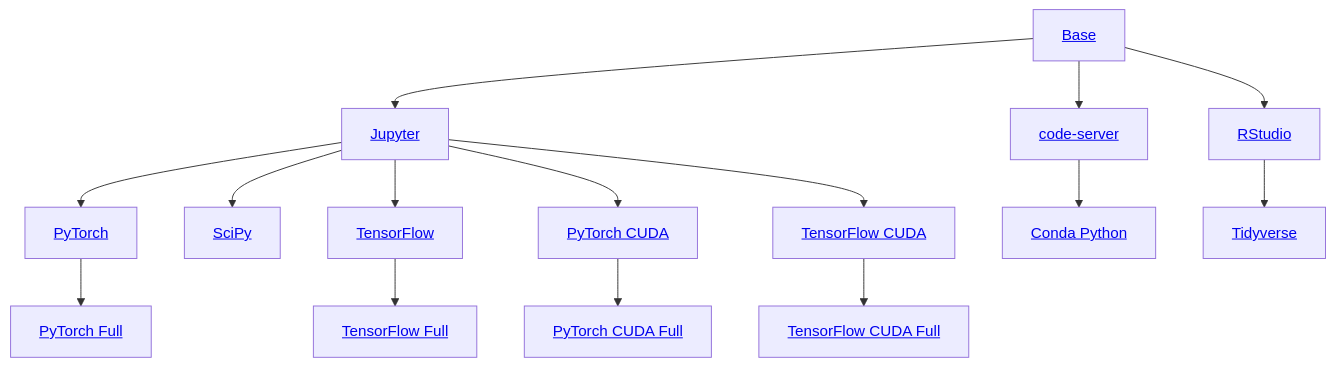
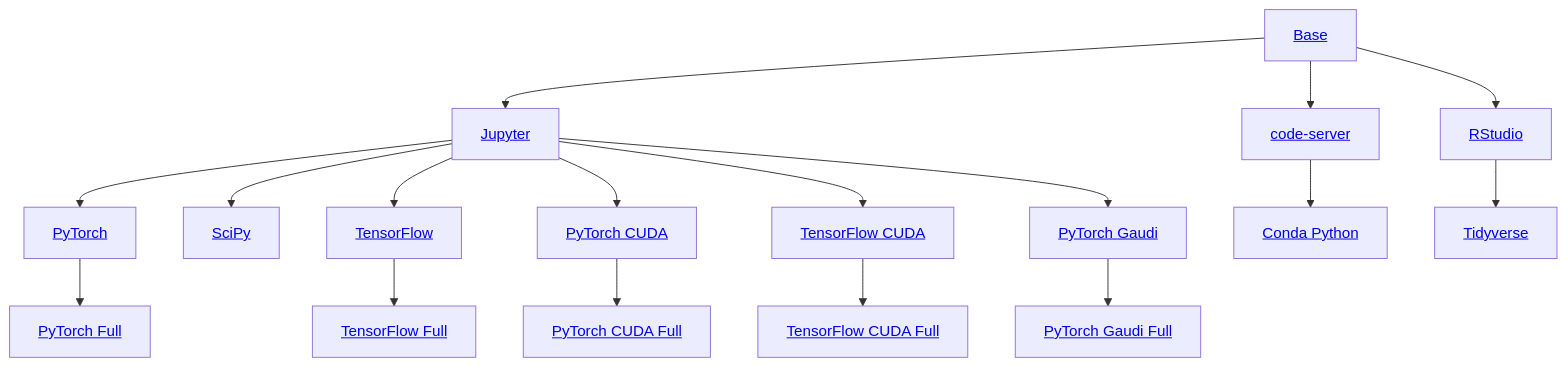
Before and after one commit to kubeflow/notebooks: the diagram in components/example-notebook-servers/README.md, drawn with Mermaid. The commit also changed other lines of this file and 10 other files, not shown here.

First line of the commit message:
feat: add Intel Gaudi example notebook images (kubeflow/kubeflow#7635)

````diff
--- a/components/example-notebook-servers/README.md
+++ b/components/example-notebook-servers/README.md
@@ -11,22 +11,26 @@
 ```mermaid
 graph TD
   Base[<a href='https://github.com/kubeflow/kubeflow/tree/master/components/example-notebook-servers/base'>Base</a>] --> Jupyter[<a href='https://github.com/kubeflow/kubeflow/tree/master/components/example-notebook-servers/jupyter'>Jupyter</a>]
   Base --> Code-Server[<a href='https://github.com/kubeflow/kubeflow/tree/master/components/example-notebook-servers/codeserver'>code-server</a>]
   Base --> RStudio[<a href='https://github.com/kubeflow/kubeflow/tree/master/components/example-notebook-servers/rstudio'>RStudio</a>]
-  
+
   Jupyter --> PyTorch[<a href='https://github.com/kubeflow/kubeflow/tree/master/components/example-notebook-servers/jupyter-pytorch'>PyTorch</a>]
   Jupyter --> SciPy[<a href='https://github.com/kubeflow/kubeflow/tree/master/components/example-notebook-servers/jupyter-scipy'>SciPy</a>]
   Jupyter --> TensorFlow[<a href='https://github.com/kubeflow/kubeflow/tree/master/components/example-notebook-servers/jupyter-tensorflow'>TensorFlow</a>]
-  
+
   Code-Server --> Code-Server-Conda-Python[<a href='https://github.com/kubeflow/kubeflow/tree/master/components/example-notebook-servers/codeserver-python'>Conda Python</a>]
   RStudio --> Tidyverse[<a href='https://github.com/kubeflow/kubeflow/tree/master/components/example-notebook-servers/rstudio-tidyverse'>Tidyverse</a>]
 
   PyTorch --> PyTorchFull[<a href='https://github.com/kubeflow/kubeflow/tree/master/components/example-notebook-servers/jupyter-pytorch-full'>PyTorch Full</a>]
   TensorFlow --> TensorFlowFull[<a href='https://github.com/kubeflow/kubeflow/tree/master/components/example-notebook-servers/jupyter-tensorflow-full'>TensorFlow Full</a>]
 
   Jupyter --> PyTorchCuda[<a href='https://github.com/kubeflow/kubeflow/tree/master/components/example-notebook-servers/jupyter-pytorch-cuda'>PyTorch CUDA</a>]
   Jupyter --> TensorFlowCuda[<a href='https://github.com/kubeflow/kubeflow/tree/master/components/example-notebook-servers/jupyter-tensorflow-cuda'>TensorFlow CUDA</a>]
 
   PyTorchCuda --> PyTorchCudaFull[<a href='https://github.com/kubeflow/kubeflow/tree/master/components/example-notebook-servers/jupyter-pytorch-cuda-full'>PyTorch CUDA Full</a>]
   TensorFlowCuda --> TensorFlowCudaFull[<a href='https://github.com/kubeflow/kubeflow/tree/master/components/example-notebook-servers/jupyter-tensorflow-cuda-full'>TensorFlow CUDA Full</a>]
+
+  Jupyter --> PyTorchGaudi[<a href='https://github.com/kubeflow/kubeflow/tree/master/components/example-notebook-servers/jupyter-pytorch-gaudi'>PyTorch Gaudi</a>]
+  PyTorchGaudi --> PyTorchGaudiFull[<a href='https://github.com/kubeflow/kubeflow/tree/master/components/example-notebook-servers/jupyter-pytorch-gaudi-full'>PyTorch Gaudi Full</a>]
+
 ```
````
